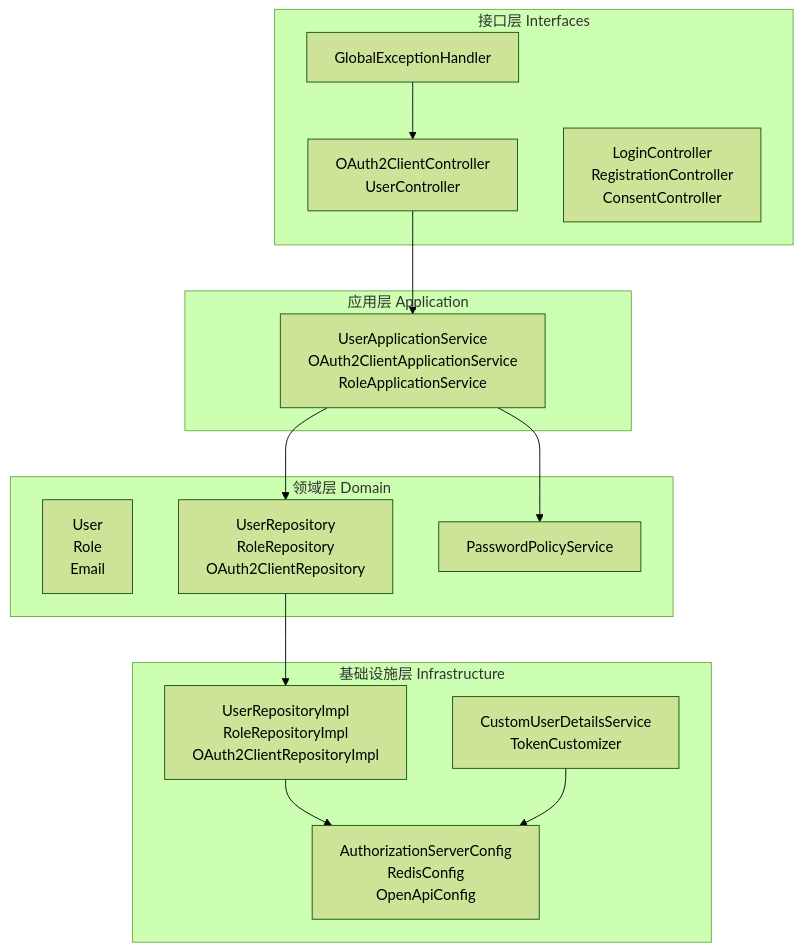
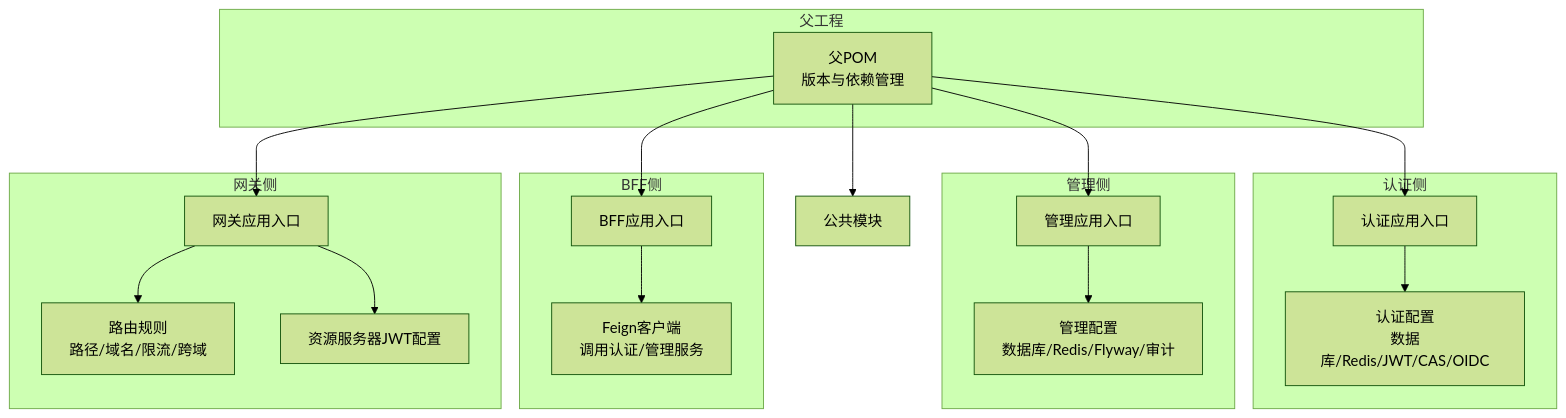
One commit to fq0121104930716/iam-platform changed the first of 8 diagrams in .qoder/repowiki/zh/content/架构设计/架构设计.md. Above: the diagram before and after it, drawn with Mermaid (forest theme). The commit also changed other lines of this file and 222 other files, not shown here.

````diff
--- a/.qoder/repowiki/zh/content/架构设计/架构设计.md
+++ b/.qoder/repowiki/zh/content/架构设计/架构设计.md
@@ -40,28 +51,34 @@
 ```mermaid
 graph TB
-subgraph "接口层 Interfaces"
-IC["OAuth2ClientController<br/>UserController"]
-IW["LoginController<br/>RegistrationController<br/>ConsentController"]
-IH["GlobalExceptionHandler"]
+subgraph "父工程"
+POM["父POM<br/>版本与依赖管理"]
 end
-subgraph "应用层 Application"
-AS["UserApplicationService<br/>OAuth2ClientApplicationService<br/>RoleApplicationService"]
+subgraph "认证侧"
+AUTH_APP["认证应用入口"]
+AUTH_CFG["认证配置<br/>数据库/Redis/JWT/CAS/OIDC"]
 end
-subgraph "领域层 Domain"
-DM["User<br/>Role<br/>Email"]
-DR["UserRepository<br/>RoleRepository<br/>OAuth2ClientRepository"]
-DS["PasswordPolicyService"]
+subgraph "管理侧"
+ADMIN_APP["管理应用入口"]
+ADMIN_CFG["管理配置<br/>数据库/Redis/Flyway/审计"]
 end
-subgraph "基础设施层 Infrastructure"
-IF["AuthorizationServerConfig<br/>RedisConfig<br/>OpenApiConfig"]
-IP["UserRepositoryImpl<br/>RoleRepositoryImpl<br/>OAuth2ClientRepositoryImpl"]
-IS["CustomUserDetailsService<br/>TokenCustomizer"]
+subgraph "BFF侧"
+BFF_APP["BFF应用入口"]
+BFF_FEIGN["Feign客户端<br/>调用认证/管理服务"]
 end
-IC --> AS
-AS --> DR
-AS --> DS
-DR --> IP
-IP --> IF
-IS --> IF
-IH --> IC
+subgraph "网关侧"
+GW_APP["网关应用入口"]
+GW_ROUTE["路由规则<br/>路径/域名/限流/跨域"]
+GW_SEC["资源服务器JWT配置"]
+end
+COMMON["公共模块"]
+POM --> AUTH_APP
+POM --> ADMIN_APP
+POM --> BFF_APP
+POM --> GW_APP
+POM --> COMMON
+AUTH_APP --> AUTH_CFG
+ADMIN_APP --> ADMIN_CFG
+BFF_APP --> BFF_FEIGN
+GW_APP --> GW_ROUTE
+GW_APP --> GW_SEC
 ```
````
